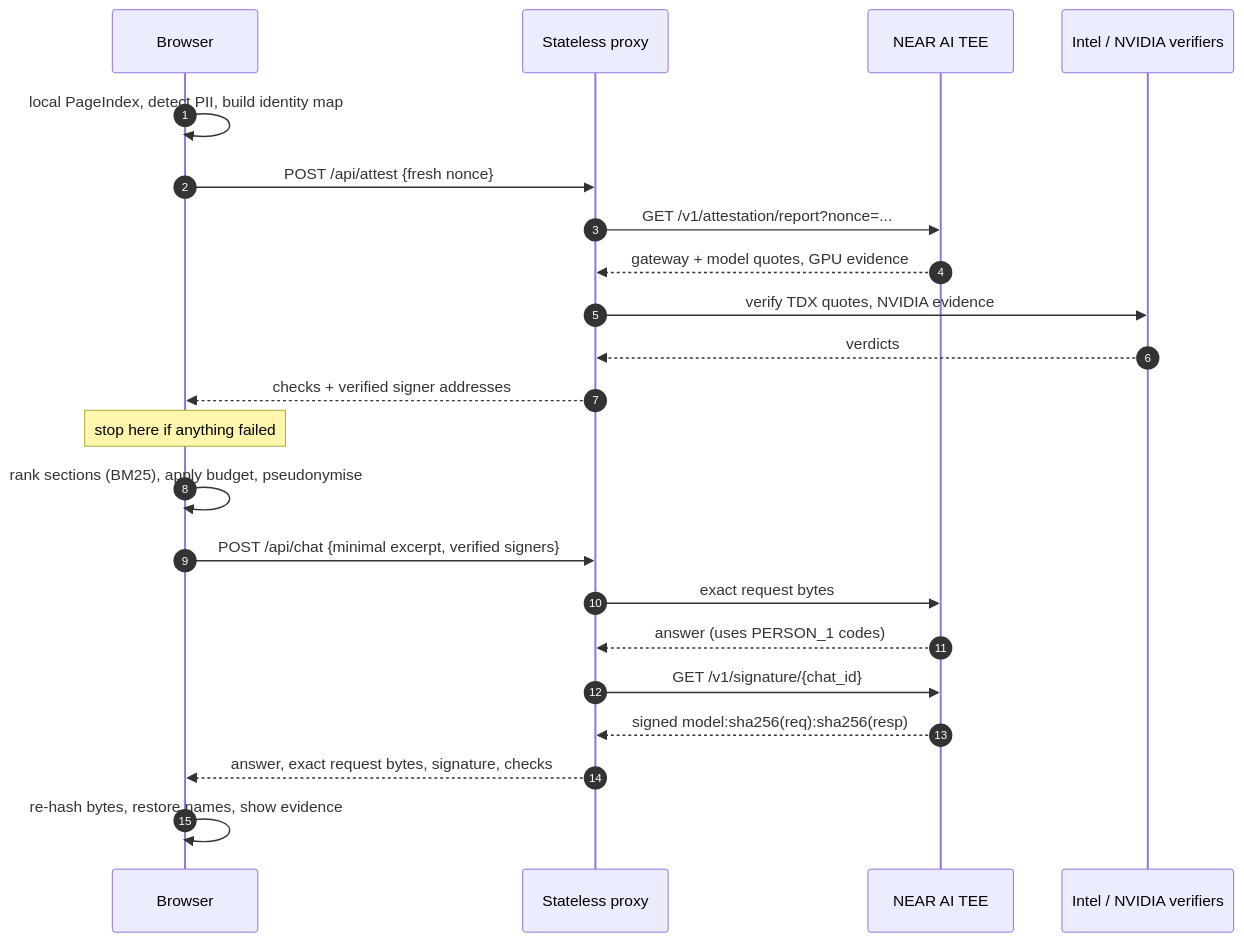
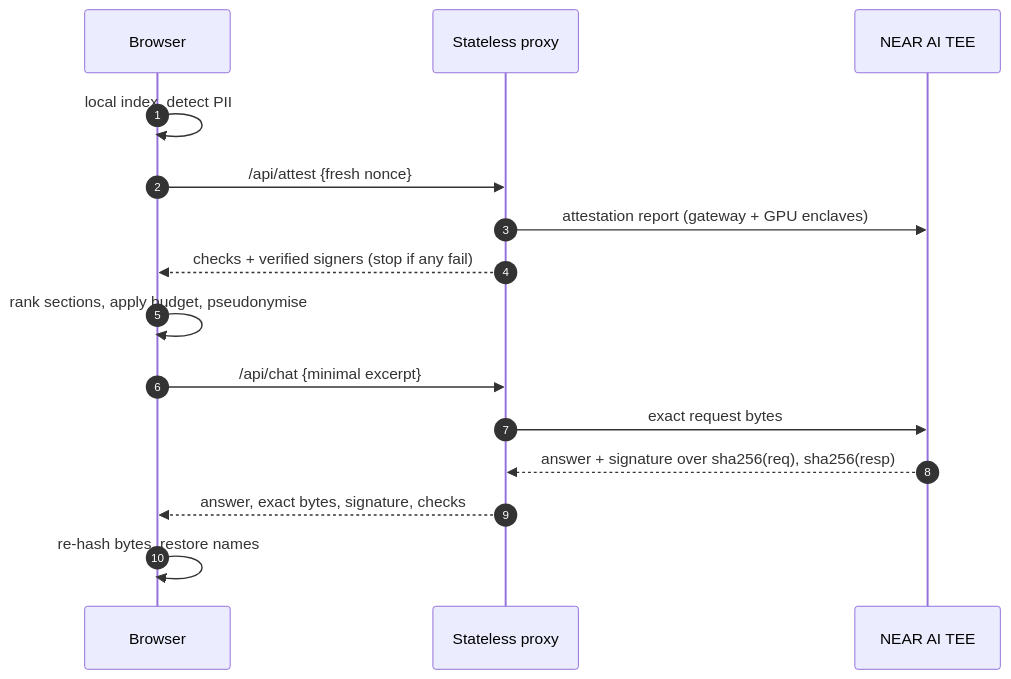
Before and after one commit to vg239/need-to-know: the diagram in README.md, drawn with Mermaid. The commit also changed other lines of this file and 2 other files, not shown here.

First line of the commit message:
docs: shorter README, wallet list in the diagram

````diff
--- a/README.md
+++ b/README.md
@@ -58,25 +32,17 @@
 ```mermaid
 sequenceDiagram
     autonumber
     participant U as Browser
     participant P as Stateless proxy
     participant N as NEAR AI TEE
-    participant V as Intel / NVIDIA verifiers
-
-    U->>U: local PageIndex, detect PII, build identity map
-    U->>P: POST /api/attest {fresh nonce}
-    P->>N: GET /v1/attestation/report?nonce=...
-    N-->>P: gateway + model quotes, GPU evidence
-    P->>V: verify TDX quotes, NVIDIA evidence
-    V-->>P: verdicts
-    P-->>U: checks + verified signer addresses
-    Note over U: stop here if anything failed
-    U->>U: rank sections (BM25), apply budget, pseudonymise
-    U->>P: POST /api/chat {minimal excerpt, verified signers}
+    U->>U: local index, detect PII
+    U->>P: /api/attest {fresh nonce}
+    P->>N: attestation report (gateway + GPU enclaves)
+    P-->>U: checks + verified signers (stop if any fail)
+    U->>U: rank sections, apply budget, pseudonymise
+    U->>P: /api/chat {minimal excerpt}
     P->>N: exact request bytes
-    N-->>P: answer (uses PERSON_1 codes)
-    P->>N: GET /v1/signature/{chat_id}
-    N-->>P: signed model:sha256(req):sha256(resp)
-    P-->>U: answer, exact request bytes, signature, checks
-    U->>U: re-hash bytes, restore names, show evidence
+    N-->>P: answer + signature over sha256(req), sha256(resp)
+    P-->>U: answer, exact bytes, signature, checks
+    U->>U: re-hash bytes, restore names
 ```
````
